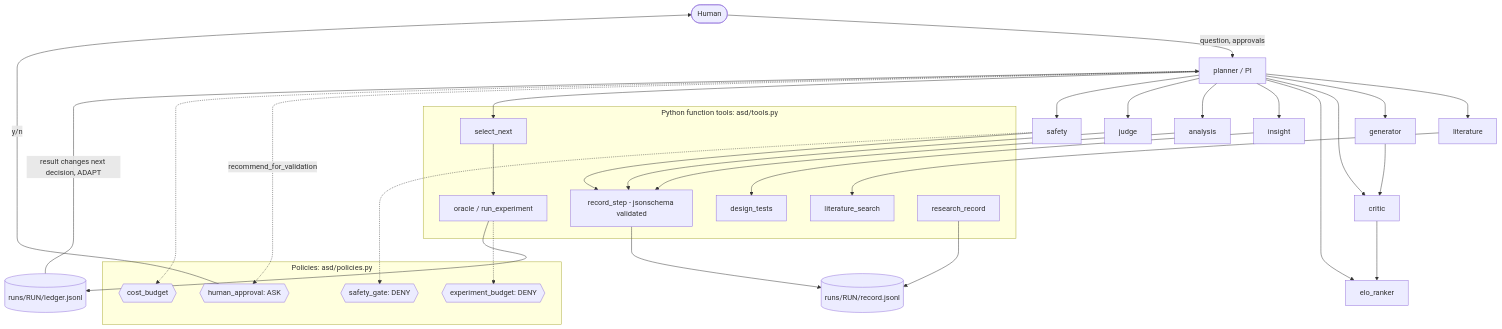
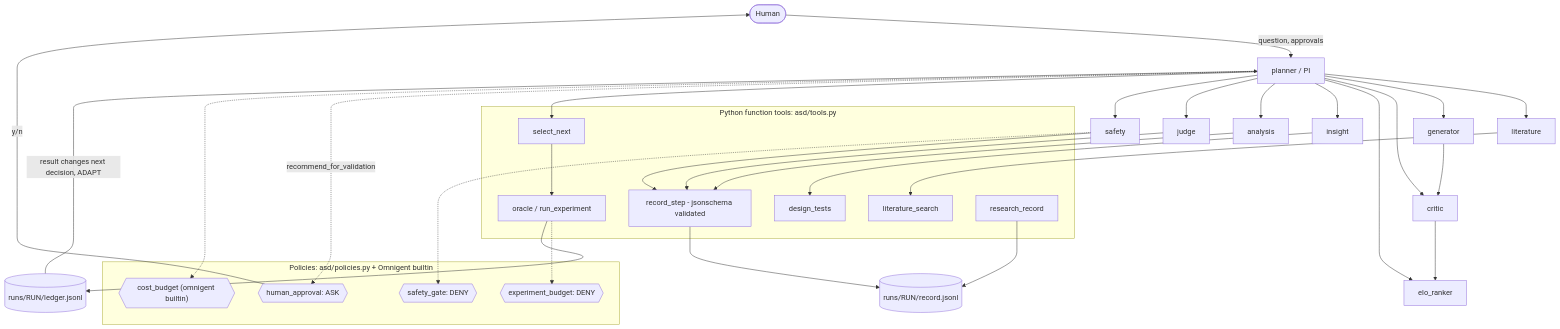
Before and after one commit to IshaanM05/agentic-scientific-discovery: the diagram in README.md, drawn with Mermaid. The commit also changed other lines of this file, not shown here.

Commit message:
E4 fixes per Scout: test count 40, label cost_budget as Omnigent builtin

````diff
--- a/README.md
+++ b/README.md
@@ -18,35 +18,35 @@
 ```mermaid
 flowchart TD
   H([Human]) -->|question, approvals| P[planner / PI]
   P --> LIT[literature] & GEN[generator] & CRI[critic] & ELO[elo_ranker] & INS[insight] & ANA[analysis] & JUD[judge] & SAF[safety]
   GEN --> CRI --> ELO
   subgraph TOOLS[Python function tools: asd/tools.py]
     LS[literature_search]
     DT[design_tests]
     SN[select_next]
     RE[oracle / run_experiment]
     RS[record_step - jsonschema validated]
     RR[research_record]
   end
   LIT --> LS
   INS --> DT
   P --> SN --> RE
   ANA --> RS
   JUD --> RS
   SAF --> RS
-  subgraph POL[Policies: asd/policies.py]
+  subgraph POL[Policies: asd/policies.py + Omnigent builtin]
     EB{{experiment_budget: DENY}}
     SG{{safety_gate: DENY}}
     HA{{human_approval: ASK}}
-    CB{{cost_budget}}
+    CB{{"cost_budget (omnigent builtin)"}}
   end
   RE -.-> EB
   SAF -.-> SG
   P -.recommend_for_validation.-> HA
   HA -->|y/n| H
   P -.-> CB
   RE --> LED[(runs/RUN/ledger.jsonl)]
   RS --> REC[(runs/RUN/record.jsonl)]
   RR --> REC
   LED -->|result changes next decision, ADAPT| P
 ```
````
